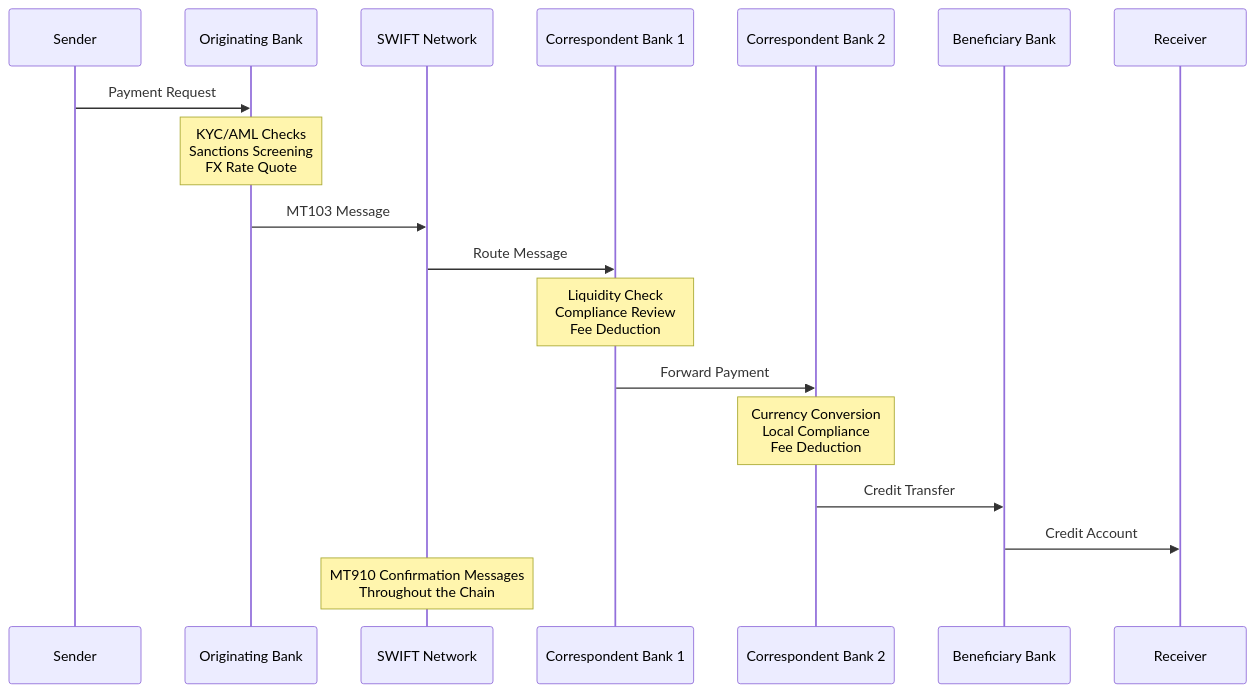
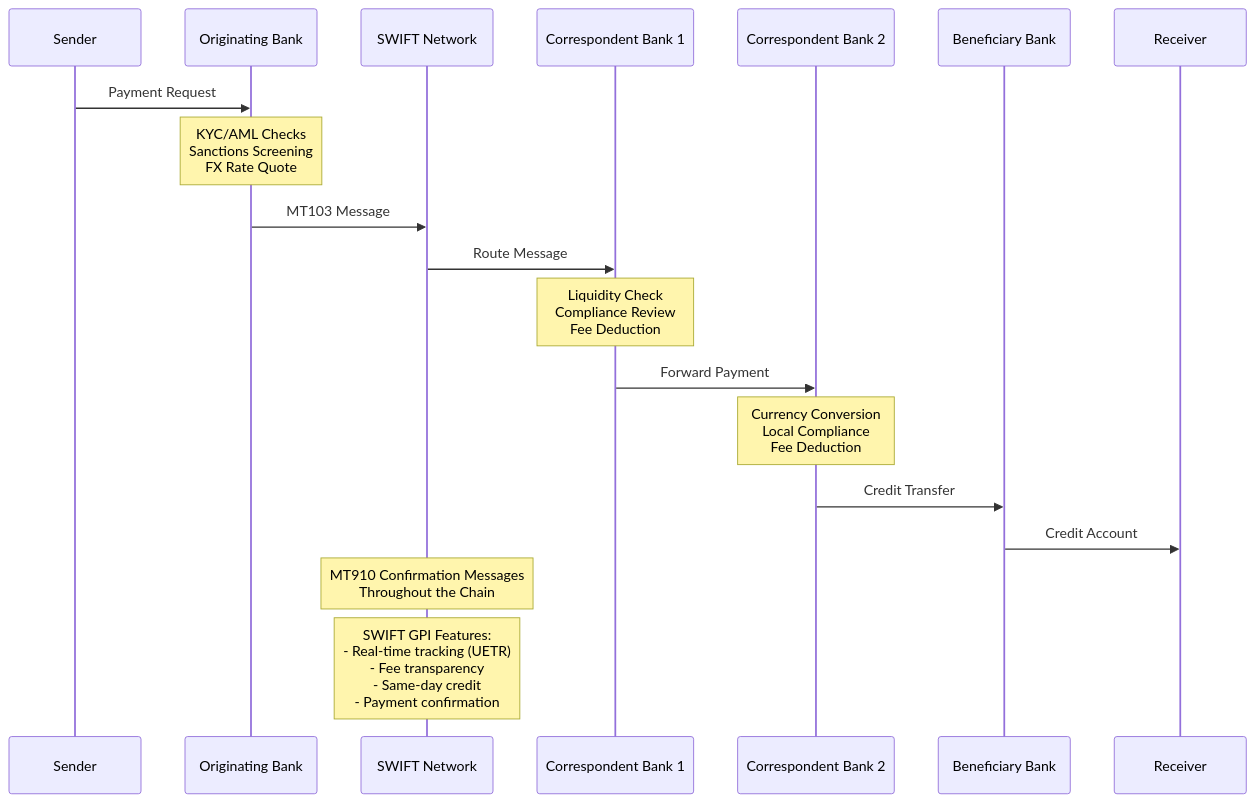
Before and after one commit to dug-21/arch-research: the first of 7 diagrams in epics/active/issue-3/processes/cross-border-payments.md, drawn with Mermaid. The commit also changed other lines of this file and 35 other files, not shown here.

First line of the commit message:
feat: Complete comprehensive payments industry architecture research (issue #3)

````diff
--- a/epics/active/issue-3/processes/cross-border-payments.md
+++ b/epics/active/issue-3/processes/cross-border-payments.md
@@ -10,27 +10,29 @@
 ```mermaid
 sequenceDiagram
     participant Sender
     participant Originating Bank
     participant SWIFT Network
     participant Correspondent Bank 1
     participant Correspondent Bank 2
     participant Beneficiary Bank
     participant Receiver
     
     Sender->>Originating Bank: Payment Request
     Note over Originating Bank: KYC/AML Checks<br/>Sanctions Screening<br/>FX Rate Quote
     
     Originating Bank->>SWIFT Network: MT103 Message
     SWIFT Network->>Correspondent Bank 1: Route Message
     
     Note over Correspondent Bank 1: Liquidity Check<br/>Compliance Review<br/>Fee Deduction
     
     Correspondent Bank 1->>Correspondent Bank 2: Forward Payment
     
     Note over Correspondent Bank 2: Currency Conversion<br/>Local Compliance<br/>Fee Deduction
     
     Correspondent Bank 2->>Beneficiary Bank: Credit Transfer
     Beneficiary Bank->>Receiver: Credit Account
     
     Note over SWIFT Network: MT910 Confirmation Messages<br/>Throughout the Chain
+    
+    Note over SWIFT Network: SWIFT GPI Features:<br/>- Real-time tracking (UETR)<br/>- Fee transparency<br/>- Same-day credit<br/>- Payment confirmation
 ```
````
